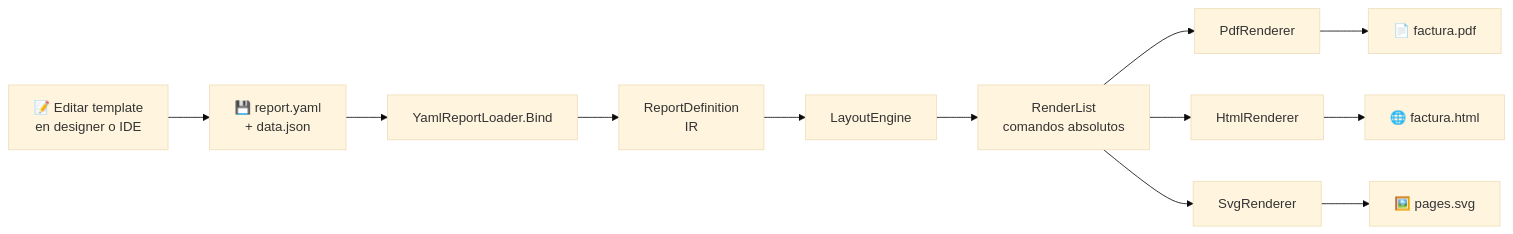
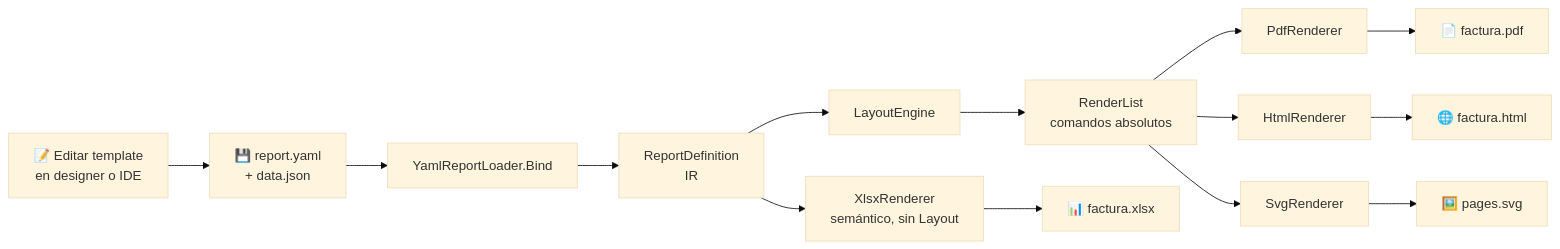
Before and after one commit to mchinchilla/NetReporter: the first of 2 diagrams in README.es.md, drawn with Mermaid (base theme). The commit also changed other lines of this file and 1 other file, not shown here.

Commit message:
Update README files to include XLSX support: enhance documentation by adding details on XLSX export capabilities, updating test counts, and modifying export options in the visual designer section.

````diff
--- a/README.es.md
+++ b/README.es.md
@@ -125,14 +129,16 @@
 ```mermaid
 flowchart LR
     A[📝 Editar template<br/>en designer o IDE] --> B[💾 report.yaml<br/>+ data.json]
     B --> C[YamlReportLoader.Bind]
     C --> D[ReportDefinition<br/>IR]
     D --> E[LayoutEngine]
     E --> F[RenderList<br/>comandos absolutos]
     F --> G1[PdfRenderer]
     F --> G2[HtmlRenderer]
     F --> G3[SvgRenderer]
+    D --> G4[XlsxRenderer<br/>semántico, sin Layout]
     G1 --> H1[📄 factura.pdf]
     G2 --> H2[🌐 factura.html]
     G3 --> H3[🖼️ pages.svg]
+    G4 --> H4[📊 factura.xlsx]
 ```
````
